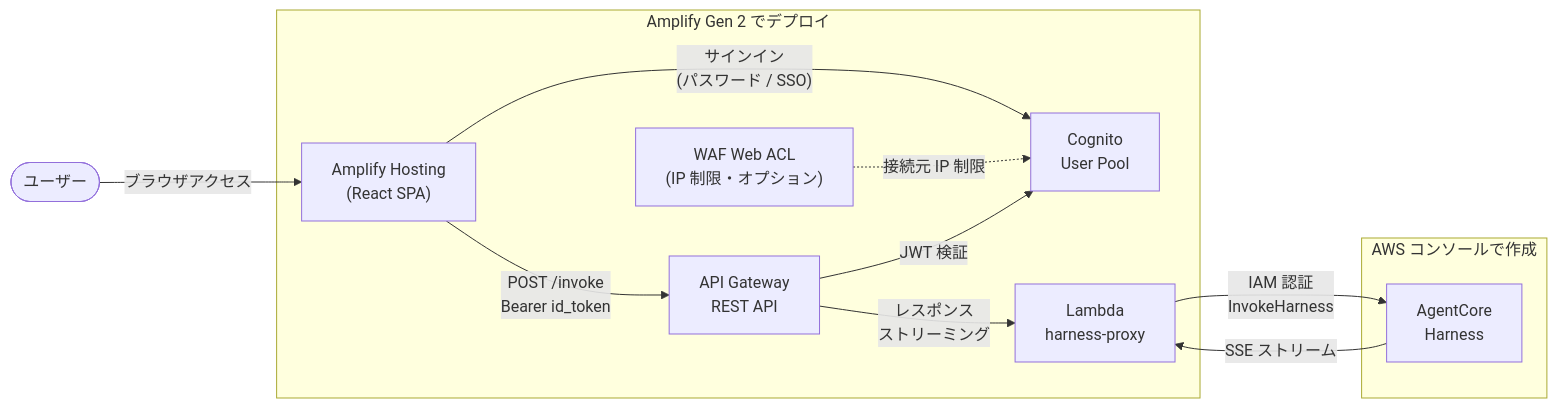
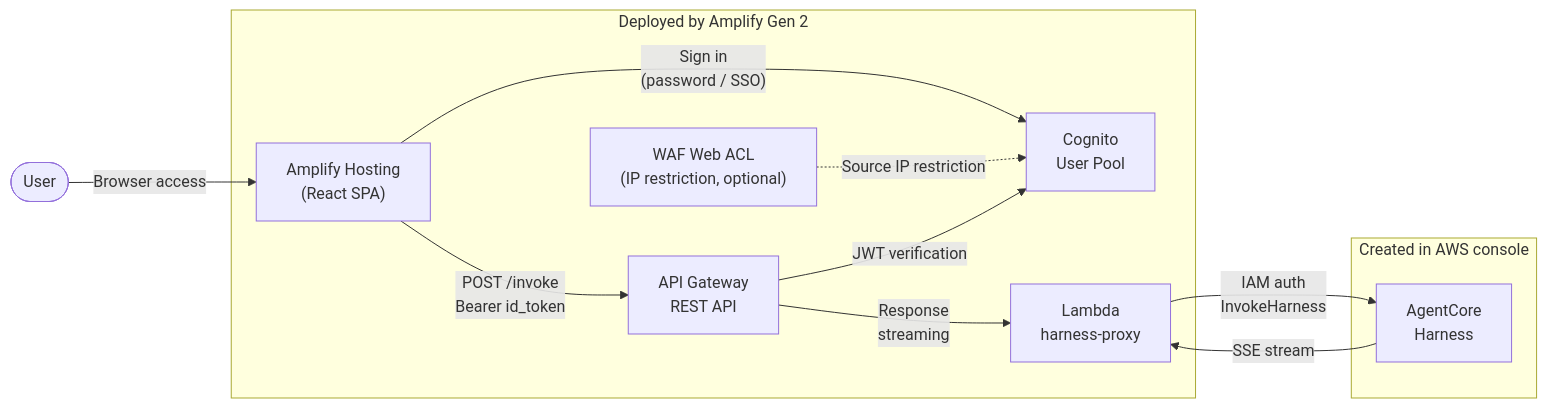
One commit to yuu551/agentcore-harness-chat changed the diagram in README.md. Above: the diagram before and after it, drawn with Mermaid. The commit also changed other lines of this file and 1 other file, not shown here.

````diff
--- a/README.md
+++ b/README.md
@@ -38,23 +40,23 @@
 ```mermaid
 flowchart LR
-    User([ユーザー])
-    subgraph deploy ["Amplify Gen 2 でデプロイ"]
+    User([User])
+    subgraph deploy ["Deployed by Amplify Gen 2"]
         Hosting["Amplify Hosting<br/>(React SPA)"]
-        WAF["WAF Web ACL<br/>(IP 制限・オプション)"]
+        WAF["WAF Web ACL<br/>(IP restriction, optional)"]
         Cognito["Cognito<br/>User Pool"]
         APIGW["API Gateway<br/>REST API"]
         Lambda["Lambda<br/>harness-proxy"]
     end
-    subgraph console ["AWS コンソールで作成"]
+    subgraph console ["Created in AWS console"]
         Harness["AgentCore<br/>Harness"]
     end
 
-    User -->|ブラウザアクセス| Hosting
-    Hosting -->|"サインイン<br/>(パスワード / SSO)"| Cognito
-    WAF -.->|接続元 IP 制限| Cognito
+    User -->|Browser access| Hosting
+    Hosting -->|"Sign in<br/>(password / SSO)"| Cognito
+    WAF -.->|Source IP restriction| Cognito
     Hosting -->|"POST /invoke<br/>Bearer id_token"| APIGW
-    APIGW -->|JWT 検証| Cognito
-    APIGW -->|レスポンス<br/>ストリーミング| Lambda
-    Lambda -->|"IAM 認証<br/>InvokeHarness"| Harness
-    Harness -->|SSE ストリーム| Lambda
+    APIGW -->|JWT verification| Cognito
+    APIGW -->|Response<br/>streaming| Lambda
+    Lambda -->|"IAM auth<br/>InvokeHarness"| Harness
+    Harness -->|SSE stream| Lambda
 ```
````
